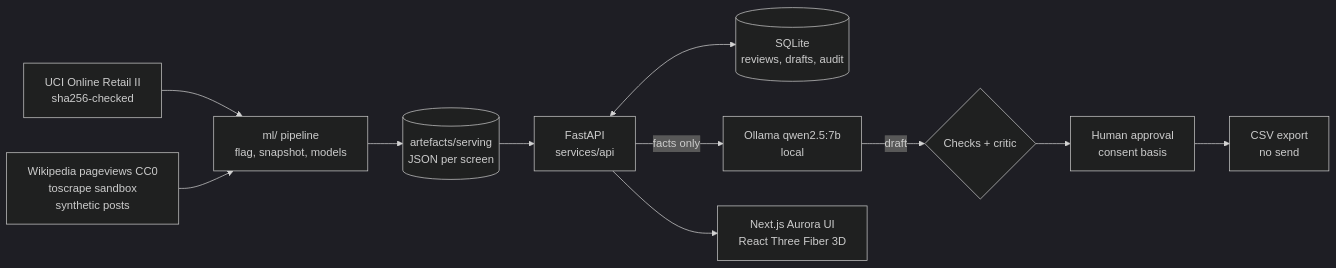
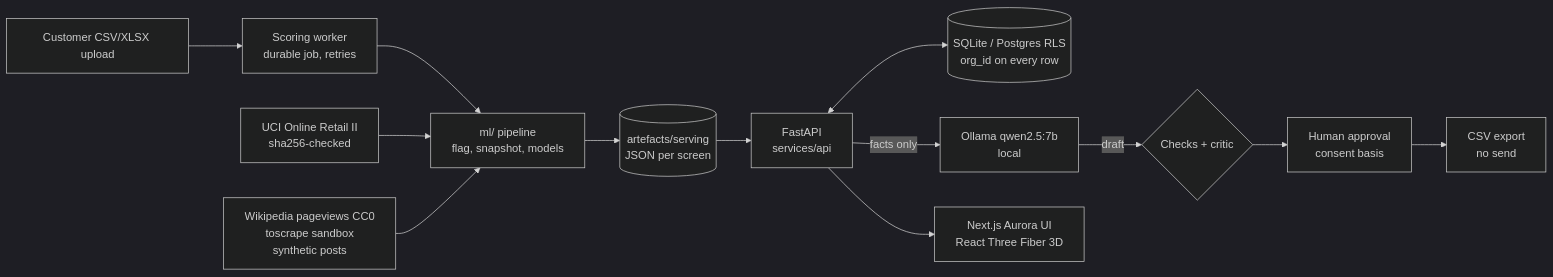
The diagram in README.md (krish2105/Retention-Lens-AI-in-Marketing-), drawn with Mermaid (dark theme) before and after one commit. The commit also changed other lines of this file and 9 other files, not shown here.

````diff
--- a/README.md
+++ b/README.md
@@ -77,13 +89,14 @@
 ```mermaid
 flowchart LR
+  U[Customer CSV/XLSX upload] --> Q[Scoring worker<br/>durable job, retries] --> B
   A[UCI Online Retail II<br/>sha256-checked] --> B[ml/ pipeline<br/>flag, snapshot, models]
   W[Wikipedia pageviews CC0<br/>toscrape sandbox<br/>synthetic posts] --> B
   B --> C[(artefacts/serving<br/>JSON per screen)]
   C --> D[FastAPI<br/>services/api]
-  D <--> E[(SQLite<br/>reviews, drafts, audit)]
+  D <--> E[(SQLite / Postgres RLS<br/>org_id on every row)]
   D -->|facts only| F[Ollama qwen2.5:7b<br/>local]
   F -->|draft| G{Checks + critic}
   G --> H[Human approval<br/>consent basis]
   H --> I[CSV export<br/>no send]
   D --> J[Next.js Aurora UI<br/>React Three Fiber 3D]
 ```
````
